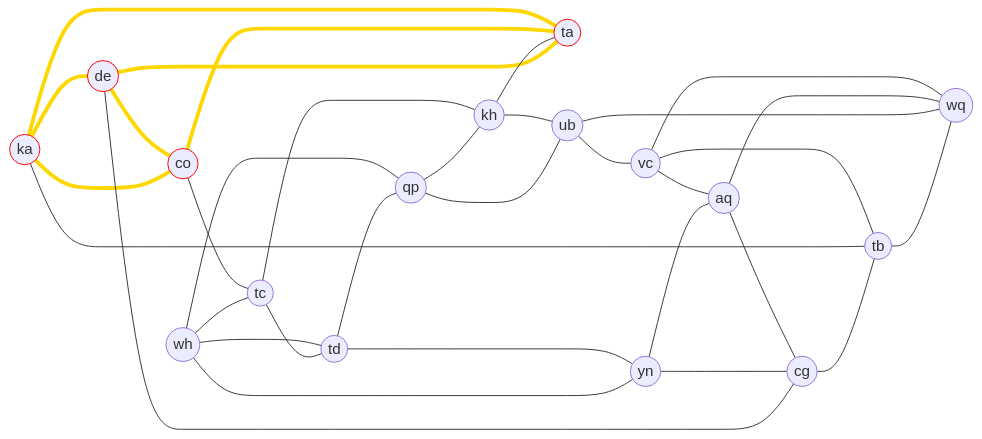
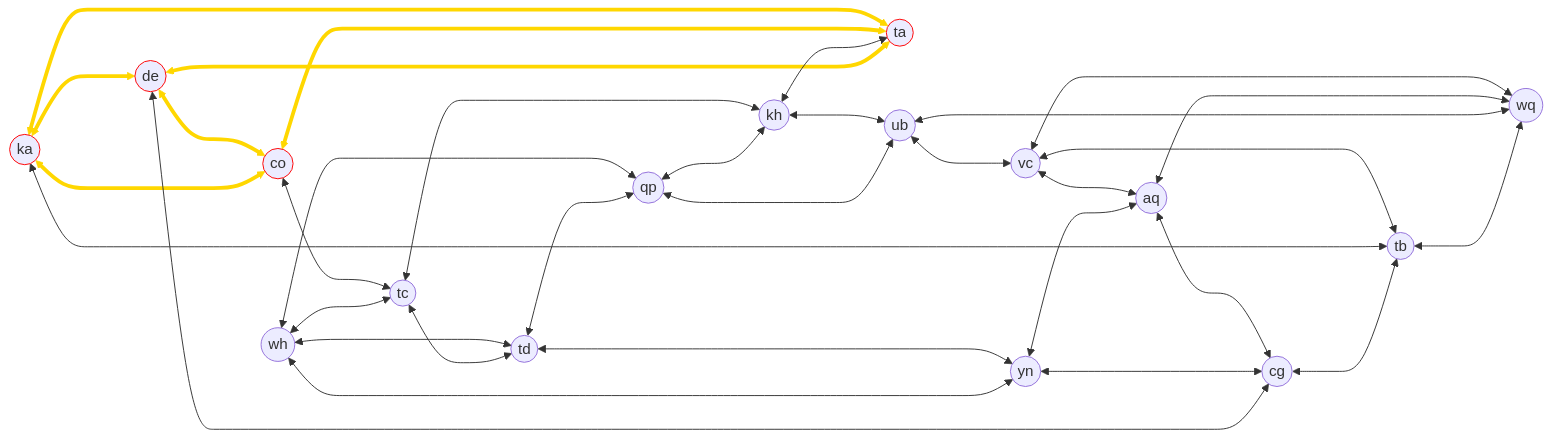
Before and after one commit to DziarnowskiJ/AoC_2024: the diagram in README.md, drawn with Mermaid.

Commit message:
Add graph for day 23

````diff
--- a/README.md
+++ b/README.md
@@ -916,49 +916,49 @@
 ```mermaid
 %%{ init: { 'flowchart': { 'curve': 'basis' } } }%%
 graph LR;
     classDef fullyConn stroke:#F00
-    ka((ka)):::fullyConn---co((co)):::fullyConn;
+    ka((ka)):::fullyConn<--->co((co)):::fullyConn;
     linkStyle 0 stroke:gold, stroke-width:4px
-    ka((ka)):::fullyConn---de((de)):::fullyConn;
+    ka((ka)):::fullyConn<--->de((de)):::fullyConn;
     linkStyle 1 stroke:gold, stroke-width:4px
-    ta((ta)):::fullyConn---co((co)):::fullyConn;
+    ta((ta)):::fullyConn<--->co((co)):::fullyConn;
     linkStyle 2 stroke:gold, stroke-width:4px
-    ta((ta)):::fullyConn---ka((ka)):::fullyConn;
+    ta((ta)):::fullyConn<--->ka((ka)):::fullyConn;
     linkStyle 3 stroke:gold, stroke-width:4px
-    de((de)):::fullyConn---co((co)):::fullyConn;
+    de((de)):::fullyConn<--->co((co)):::fullyConn;
     linkStyle 4 stroke:gold, stroke-width:4px
-    de((de)):::fullyConn---ta((ta)):::fullyConn;
+    de((de)):::fullyConn<--->ta((ta)):::fullyConn;
     linkStyle 5 stroke:gold, stroke-width:4px
-    kh((kh))---tc((tc));
-    qp((qp))---kh((kh));
-    de((de))---cg((cg));
-    yn((yn))---aq((aq));
-    qp((qp))---ub((ub));
-    cg((cg))---tb((tb));
-    vc((vc))---aq((aq));
-    tb((tb))---ka((ka));
-    wh((wh))---tc((tc));
-    yn((yn))---cg((cg));
-    kh((kh))---ub((ub));
-    tc((tc))---td((td));
-    tb((tb))---wq((wq));
-    wh((wh))---td((td));
-    td((td))---qp((qp));
-    aq((aq))---cg((cg));
-    wq((wq))---ub((ub));
-    ub((ub))---vc((vc));
-    wq((wq))---aq((aq));
-    wq((wq))---vc((vc));
-    wh((wh))---yn((yn));
-    kh((kh))---ta((ta));
-    co((co))---tc((tc));
-    wh((wh))---qp((qp));
-    tb((tb))---vc((vc));
-    td((td))---yn((yn));
+    kh((kh))<--->tc((tc));
+    qp((qp))<--->kh((kh));
+    de((de))<--->cg((cg));
+    yn((yn))<--->aq((aq));
+    qp((qp))<--->ub((ub));
+    cg((cg))<--->tb((tb));
+    vc((vc))<--->aq((aq));
+    tb((tb))<--->ka((ka));
+    wh((wh))<--->tc((tc));
+    yn((yn))<--->cg((cg));
+    kh((kh))<--->ub((ub));
+    tc((tc))<--->td((td));
+    tb((tb))<--->wq((wq));
+    wh((wh))<--->td((td));
+    td((td))<--->qp((qp));
+    aq((aq))<--->cg((cg));
+    wq((wq))<--->ub((ub));
+    ub((ub))<--->vc((vc));
+    wq((wq))<--->aq((aq));
+    wq((wq))<--->vc((vc));
+    wh((wh))<--->yn((yn));
+    kh((kh))<--->ta((ta));
+    co((co))<--->tc((tc));
+    wh((wh))<--->qp((qp));
+    tb((tb))<--->vc((vc));
+    td((td))<--->yn((yn));
     
     
     
     
     
     
 ```
````
